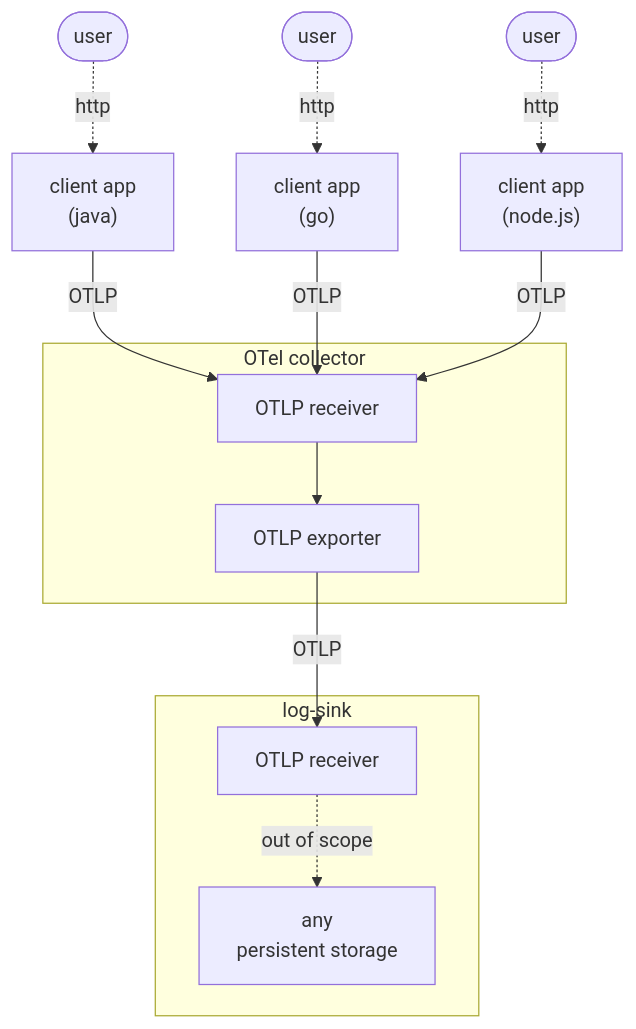
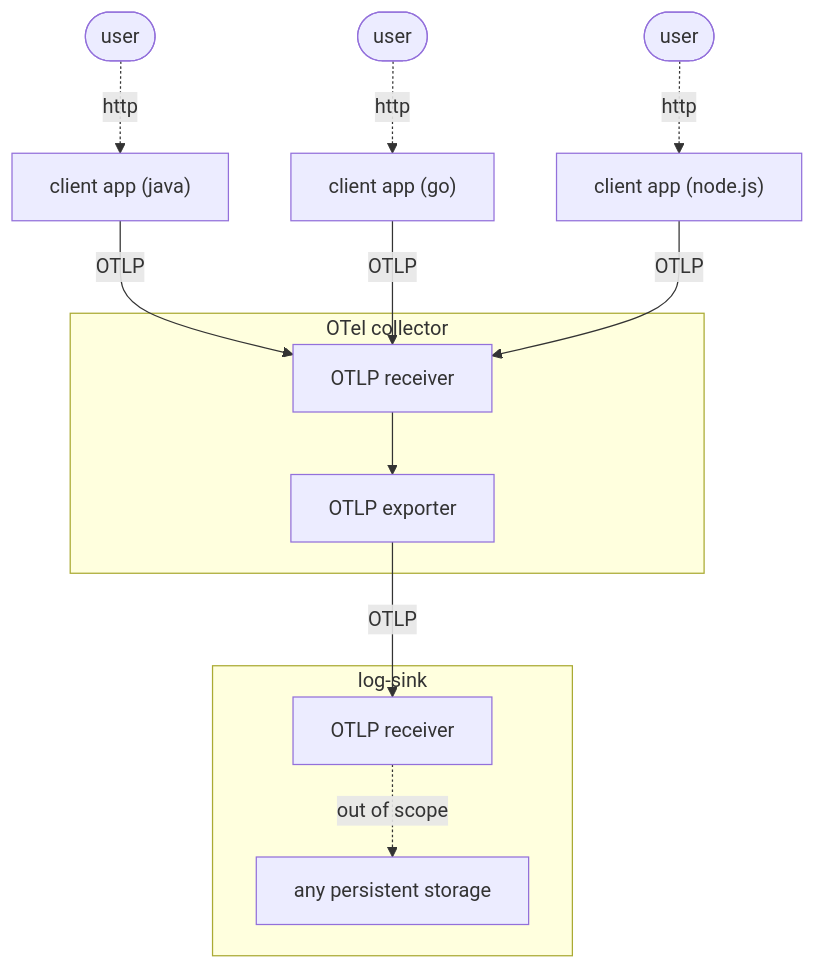
Before and after one commit to apeirora/audit-log-poc-for-otel: the diagram in acd.md, drawn with Mermaid.

````diff
--- a/acd.md
+++ b/acd.md
@@ -58,29 +58,29 @@
 ```mermaid
 flowchart TD
     user-1(["user"])
-    user-1 -.-> | http | client-1["client app \n (java)"]
+    user-1 -.-> | http | client-1["client app (java)"]
     user-2(["user"])
-    user-2 -.-> | http | client-2["client app \n (go)"]
+    user-2 -.-> | http | client-2["client app (go)"]
     user-3(["user"])
-    user-3 -.-> | http | client-3["client app \n (node.js)"]
+    user-3 -.-> | http | client-3["client app (node.js)"]
 
     client-1 -- "OTLP" --> collector_receiver
     client-2 -- "OTLP" --> collector_receiver
     client-3 -- "OTLP" --> collector_receiver
 
     %% Collector Subgraph
     subgraph collector["OTel collector"]
         collector_receiver["OTLP receiver"]
         collector_exporter["OTLP exporter"]
         collector_receiver --> collector_exporter
     end
 
     collector_exporter -- "OTLP" --> log_sink_receiver
 
     %% Log Sink Subgraph
     subgraph log_sink["log-sink"]
         log_sink_receiver["OTLP receiver"]
-        log_sink_exporter["any \n persistent storage"]
+        log_sink_exporter["any persistent storage"]
         log_sink_receiver -.-> | out of scope | log_sink_exporter
     end
 ```
````
